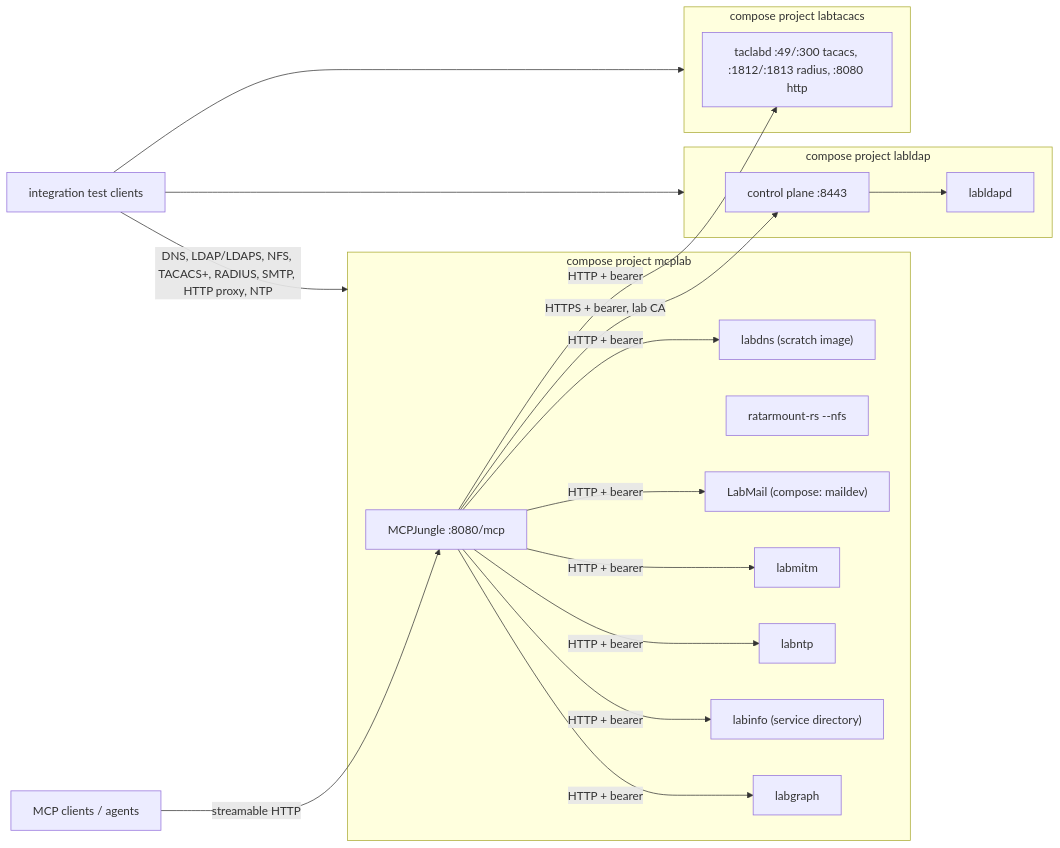
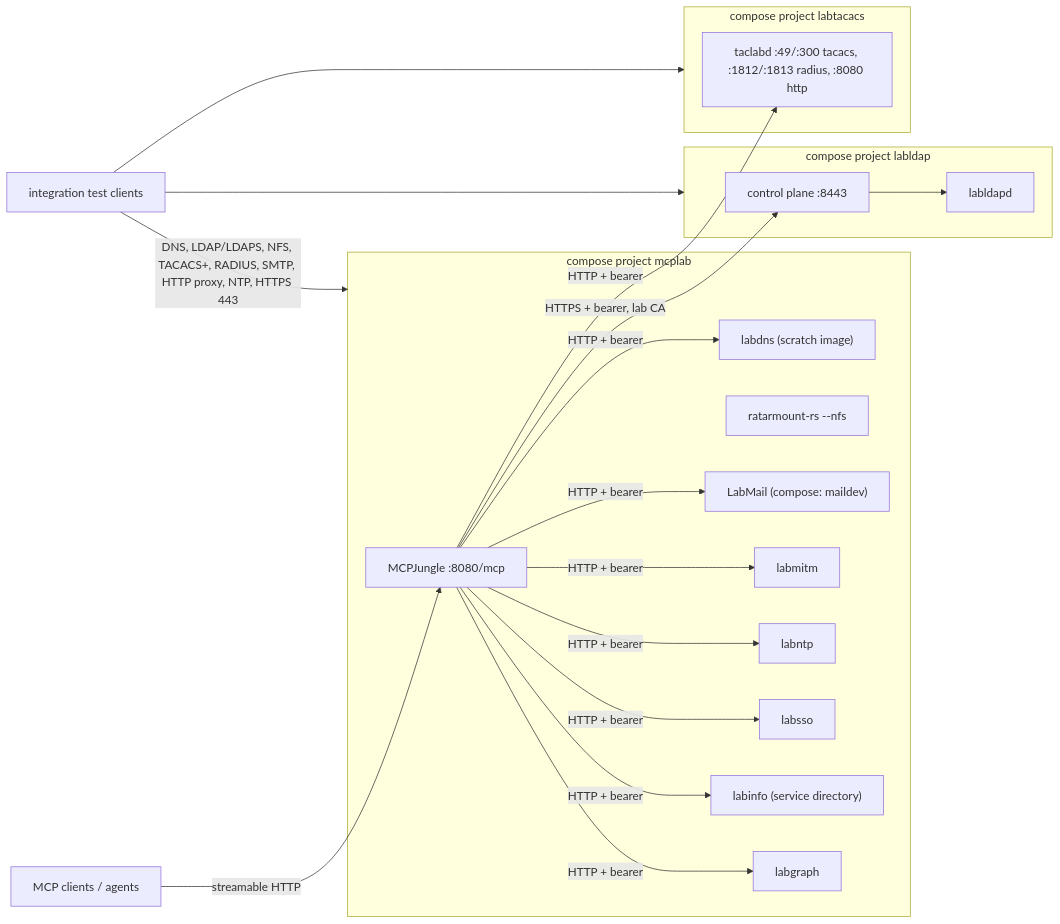
The diagram in docs/architecture.md (hilather/mcp-integration-lab), drawn with Mermaid before and after one commit. The commit also changed other lines of this file and 59 other files, not shown here.

````diff
--- a/docs/architecture.md
+++ b/docs/architecture.md
@@ -84,33 +88,35 @@
 ```mermaid
 flowchart LR
   Agents[MCP clients / agents] -->|streamable HTTP| Jungle["MCPJungle :8080/mcp"]
   subgraph mcplab [compose project mcplab]
     Jungle
     DNS["labdns (scratch image)"]
     NFS["ratarmount-rs --nfs"]
     Mail["LabMail (compose: maildev)"]
     MITM["labmitm"]
     NTP["labntp"]
+    SSO["labsso"]
     Info["labinfo (service directory)"]
     Graph["labgraph"]
   end
   subgraph labldap [compose project labldap]
     Control["control plane :8443"]
     Dir["labldapd"]
   end
   subgraph labtacacs [compose project labtacacs]
     Taclab["taclabd :49/:300 tacacs, :1812/:1813 radius, :8080 http"]
   end
   Jungle -->|"HTTP + bearer"| DNS
   Jungle -->|"HTTP + bearer"| Info
   Jungle -->|"HTTPS + bearer, lab CA"| Control
   Jungle -->|"HTTP + bearer"| Taclab
   Jungle -->|"HTTP + bearer"| Mail
   Jungle -->|"HTTP + bearer"| MITM
   Jungle -->|"HTTP + bearer"| NTP
+  Jungle -->|"HTTP + bearer"| SSO
   Jungle -->|"HTTP + bearer"| Graph
   Control --> Dir
-  Testers[integration test clients] -->|"DNS, LDAP/LDAPS, NFS, TACACS+, RADIUS, SMTP, HTTP proxy, NTP"| mcplab
+  Testers[integration test clients] -->|"DNS, LDAP/LDAPS, NFS, TACACS+, RADIUS, SMTP, HTTP proxy, NTP, HTTPS 443"| mcplab
   Testers --> labldap
   Testers --> labtacacs
 ```
````
